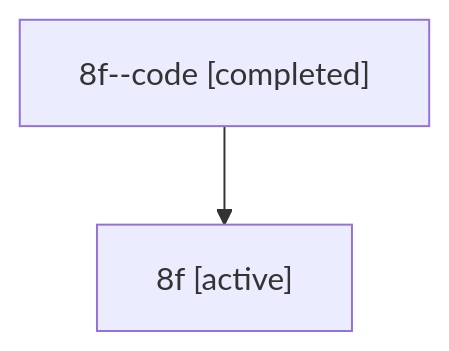
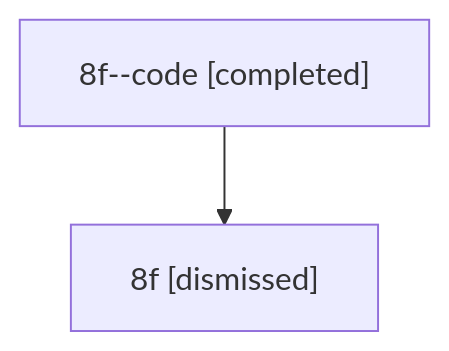
Before and after one commit to sase-org/sase--agents: the diagram in sessions/bbugyi200.athena.8f.md, drawn with Mermaid. The commit also changed other lines of this file and 12 other files, not shown here.

````diff
--- a/sessions/bbugyi200.athena.8f.md
+++ b/sessions/bbugyi200.athena.8f.md
@@ -9,6 +9,6 @@
 ```mermaid
 flowchart TD
   n0["8f--code [completed]"]
-  n1["8f [active]"]
+  n1["8f [dismissed]"]
   n0 --> n1
 ```
````
